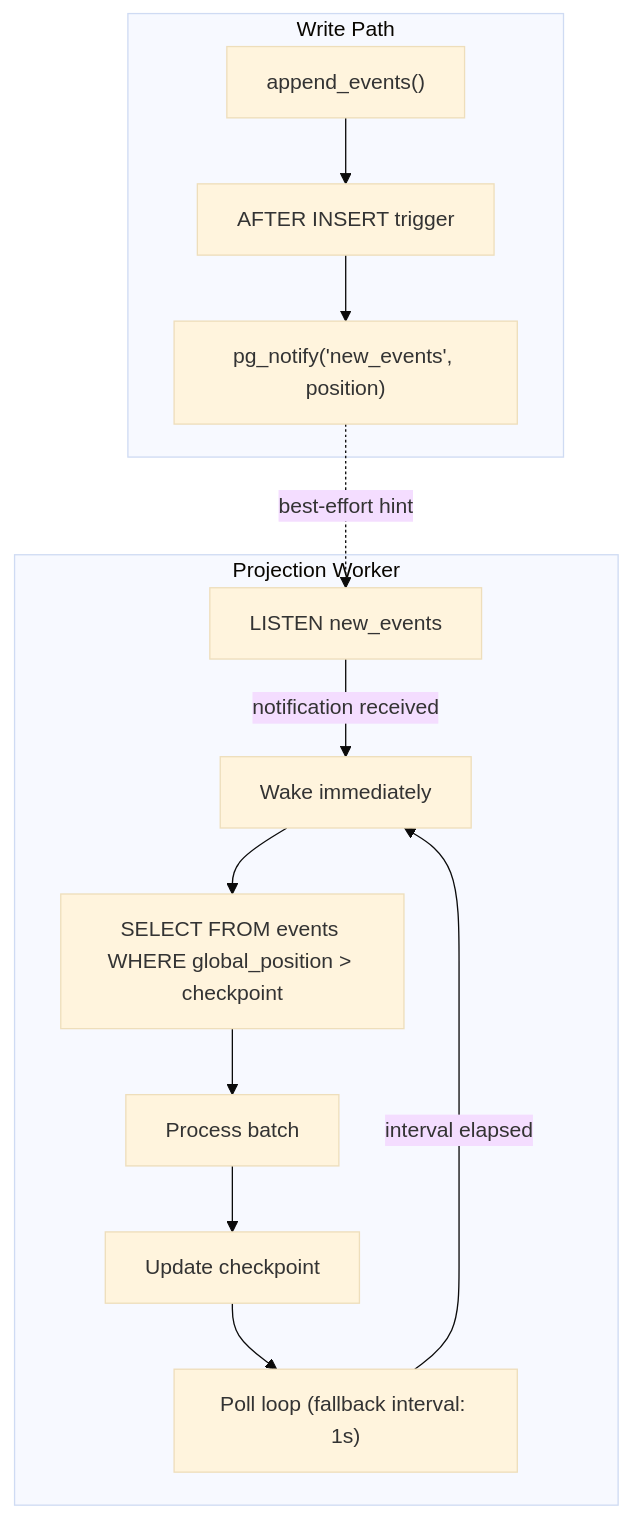
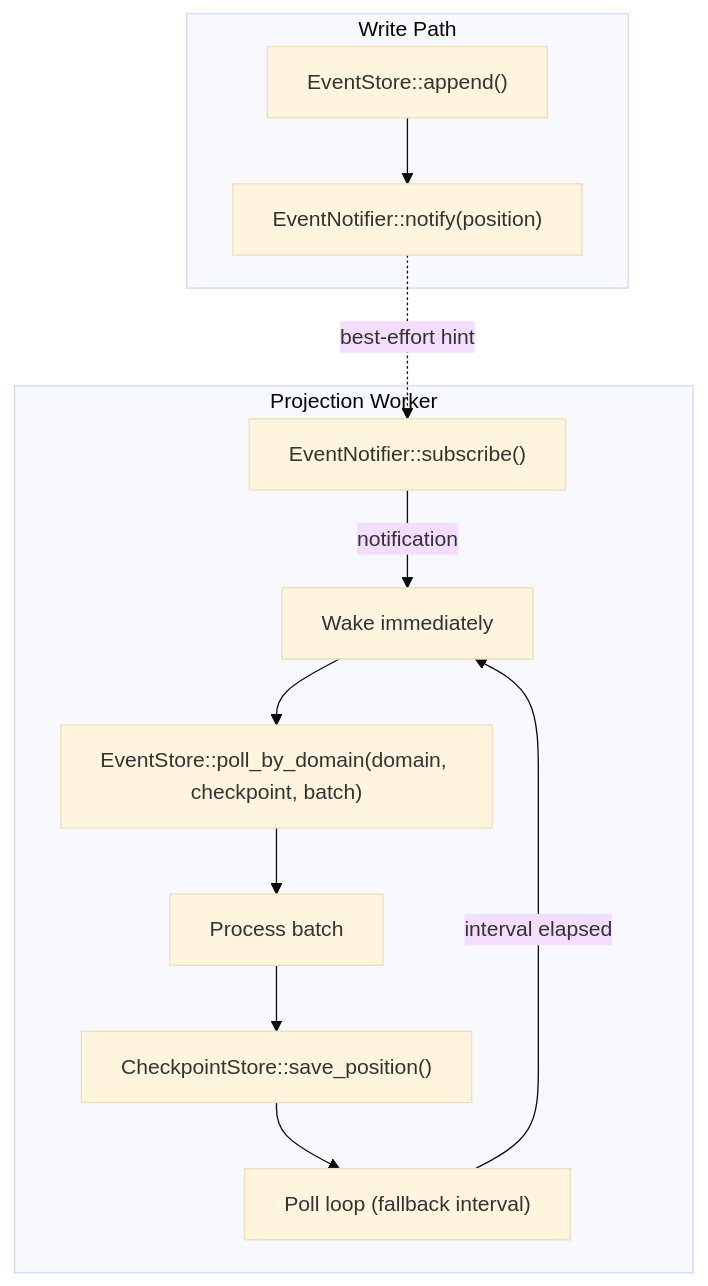
One commit to hlop3z/claude-ai-dangerous changed diagram 14 of 17 in .claude/.notes/Event-Driven-System.md. Above: the diagram before and after it, drawn with Mermaid (base theme). The commit also changed other lines of this file, not shown here.

````diff
--- a/.claude/.notes/Event-Driven-System.md
+++ b/.claude/.notes/Event-Driven-System.md
@@ -2098,21 +1727,20 @@
 ```mermaid
 flowchart TD
     subgraph Writer["Write Path"]
-        APP["append_events()"] --> TRG["AFTER INSERT trigger"]
-        TRG --> NOTIFY["pg_notify('new_events', position)"]
+        APP["EventStore::append()"] --> NOTIFY["EventNotifier::notify(position)"]
     end
 
     subgraph Consumer["Projection Worker"]
-        LISTEN["LISTEN new_events"]
-        POLL["Poll loop (fallback interval: 1s)"]
+        SUBSCRIBE["EventNotifier::subscribe()"]
+        POLL["Poll loop (fallback interval)"]
 
-        LISTEN -->|"notification received"| WAKE["Wake immediately"]
+        SUBSCRIBE -->|"notification"| WAKE["Wake immediately"]
         POLL -->|"interval elapsed"| WAKE
-        WAKE --> FETCH["SELECT FROM events WHERE global_position > checkpoint"]
+        WAKE --> FETCH["EventStore::poll_by_domain(domain, checkpoint, batch)"]
         FETCH --> PROCESS["Process batch"]
-        PROCESS --> CHECKPOINT["Update checkpoint"]
+        PROCESS --> CHECKPOINT["CheckpointStore::save_position()"]
         CHECKPOINT --> POLL
     end
 
-    NOTIFY -.->|"best-effort hint"| LISTEN
+    NOTIFY -.->|"best-effort hint"| SUBSCRIBE
 ```
````
